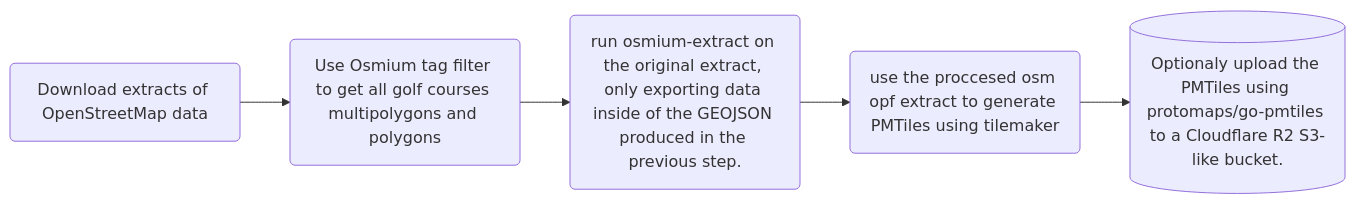
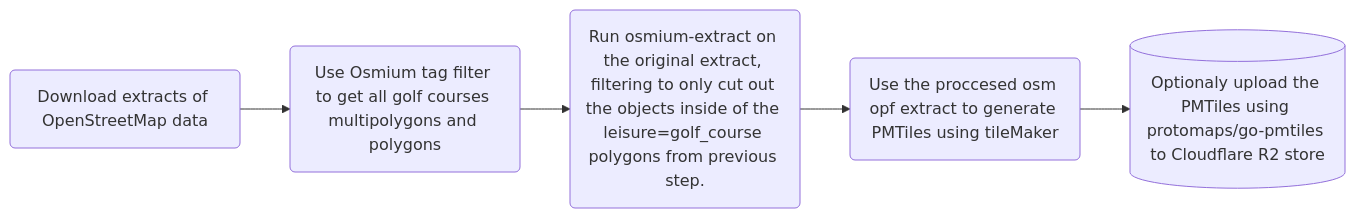
One commit to HuggeK/golfTiles changed the diagram in README.md. Above: the diagram before and after it, drawn with Mermaid. The commit also changed other lines of this file and 1 other file, not shown here.

Commit message:
Uploaded test golftiles - with the OpenMapTiles schema just to test out osmium-tool and tilemaker.  Wrote and fixed formating of the ReadMe.

````diff
--- a/README.md
+++ b/README.md
@@ -46,10 +40,9 @@
 ```mermaid
 flowchart LR
-   download(Download extracts of OpenStreetMap data) --> tagfilter(Use Osmium tag filter to get all golf courses multipolygons and polygons) --> osmiumGeographicExtract(run osmium-extract on the original extract, only exporting data inside of the GEOJSON produced in the previous step.) --> tilemaker(use the proccesed osm opf extract to generate PMTiles using tilemaker) --> upload[(Optionaly upload the PMTiles using protomaps/go-pmtiles to a Cloudflare R2 S3-like bucket.)]
+   download(Download extracts of OpenStreetMap data) --> tagfilter(Use Osmium tag filter to get all golf courses multipolygons and polygons) --> osmiumGeographicExtract(Run osmium-extract on the original extract, filtering to only cut out the objects inside of the leisure=golf_course polygons from previous step.) --> tilemaker(Use the proccesed osm opf extract to generate PMTiles using tileMaker) --> upload[(Optionaly upload the PMTiles using protomaps/go-pmtiles to Cloudflare R2 store)]
 click download "https://switch2osm.org/serving-tiles/#System-requirements"
 click tagfilter "https://docs.osmcode.org/osmium/latest/osmium-tags-filter.html"
 click osmiumGeographicExtract "https://docs.osmcode.org/osmium/latest/osmium-extract.html"
 click tilemaker "https://github.com/systemed/tilemaker"
 click upload "https://docs.protomaps.com/pmtiles/cloud-storage"
-
 ```
````
